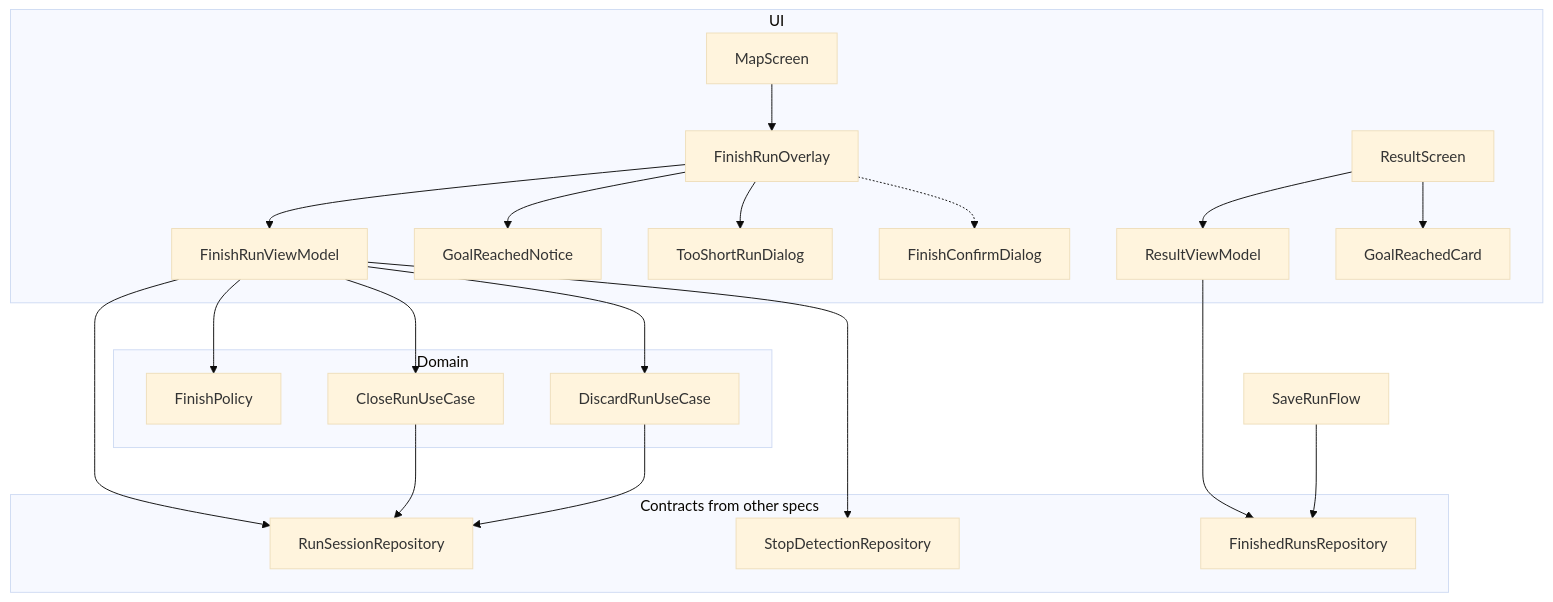
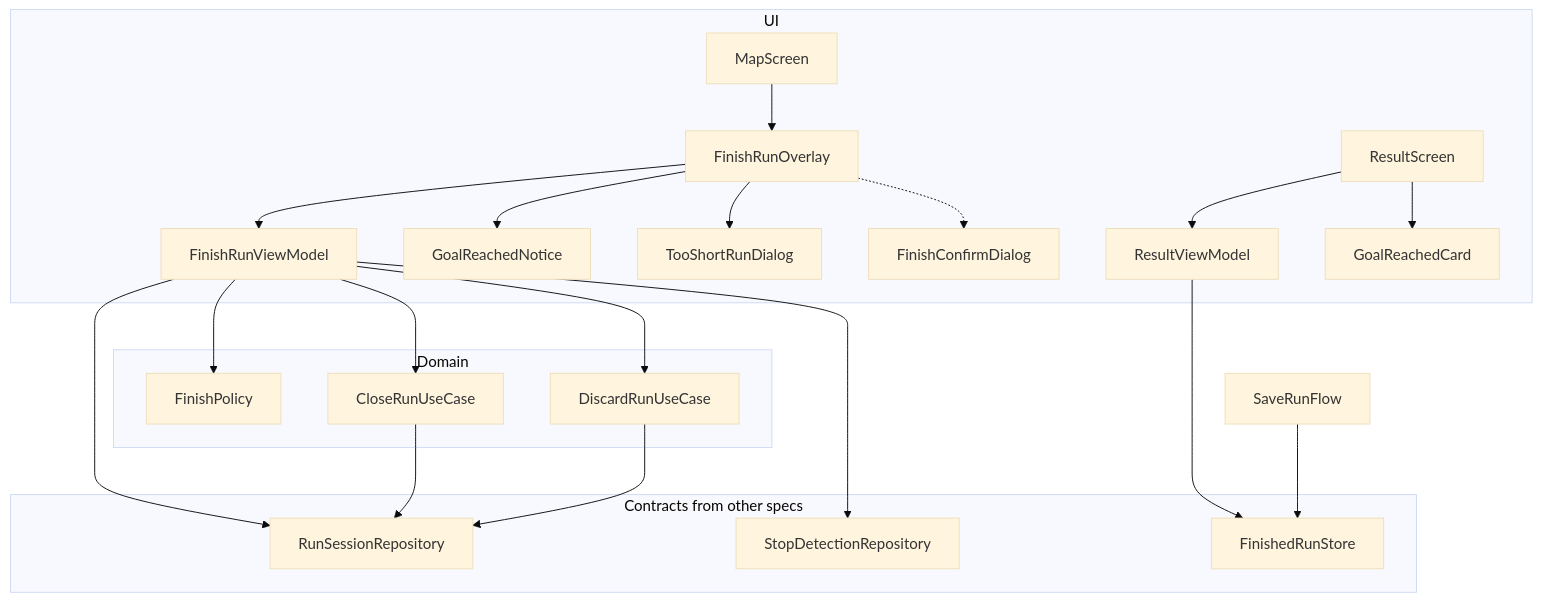
The first of 3 diagrams in .kiro/specs/finish-run-result/design.md (unlam-tec-movil/A3-2026-H2-E2), drawn with Mermaid (base theme) before and after one commit. The commit also changed other lines of this file and 2 other files, not shown here.

Commit message:
docs(spec): finish-run-result ajusta diseño y genera tareas

````diff
--- a/.kiro/specs/finish-run-result/design.md
+++ b/.kiro/specs/finish-run-result/design.md
@@ -108,29 +112,29 @@
 ```mermaid
 graph TB
     subgraph UI
         MapScreen --> FinishRunOverlay
         FinishRunOverlay --> FinishRunViewModel
         FinishRunOverlay --> GoalReachedNotice
         FinishRunOverlay --> TooShortRunDialog
         FinishRunOverlay -.-> FinishConfirmDialog
         ResultScreen --> ResultViewModel
         ResultScreen --> GoalReachedCard
     end
     subgraph Domain
         FinishRunViewModel --> FinishPolicy
         FinishRunViewModel --> CloseRunUseCase
         FinishRunViewModel --> DiscardRunUseCase
     end
     subgraph Contracts from other specs
         RunSessionRepository
         StopDetectionRepository
-        FinishedRunsRepository
+        FinishedRunStore
         FinishConfirmDialog
     end
     FinishRunViewModel --> RunSessionRepository
     FinishRunViewModel --> StopDetectionRepository
     CloseRunUseCase --> RunSessionRepository
     DiscardRunUseCase --> RunSessionRepository
-    ResultViewModel --> FinishedRunsRepository
-    SaveRunFlow --> FinishedRunsRepository
+    ResultViewModel --> FinishedRunStore
+    SaveRunFlow --> FinishedRunStore
 ```
````
